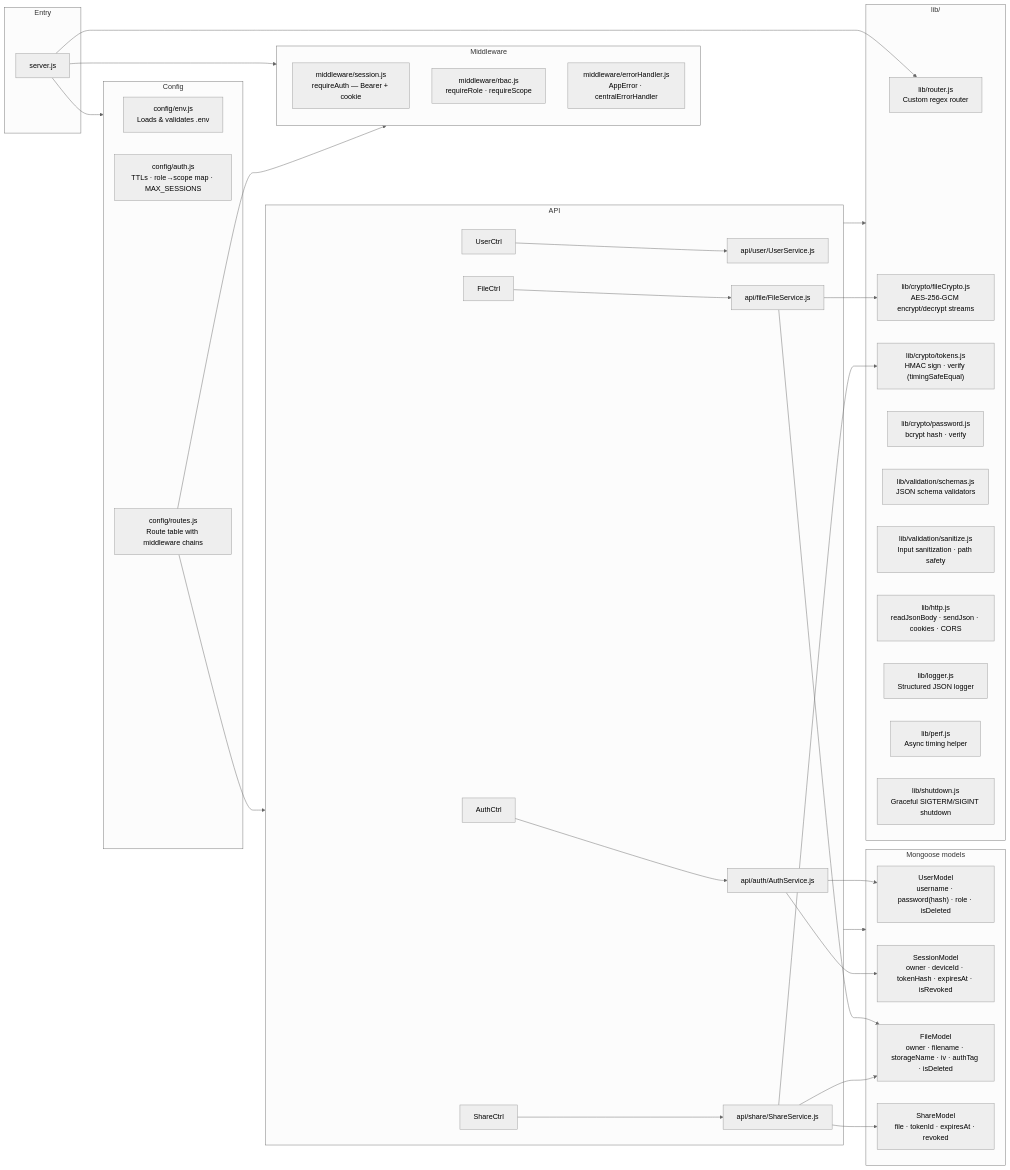
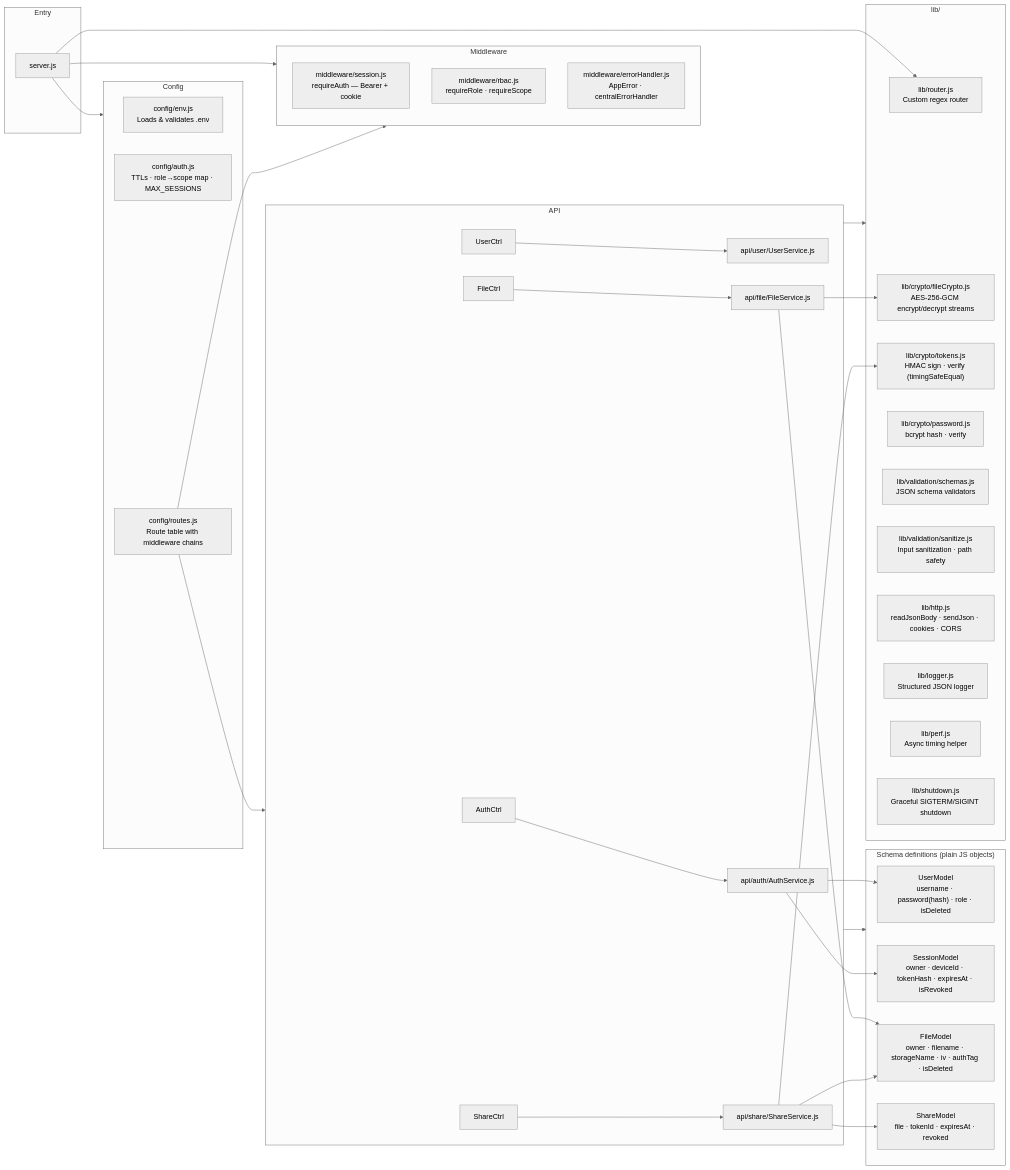
One commit to guptaankit0010/securefd changed the second of 10 diagrams in README.md. Above: the diagram before and after it, drawn with Mermaid (neutral theme). The commit also changed other lines of this file and 20 other files, not shown here.

````diff
--- a/README.md
+++ b/README.md
@@ -375,60 +398,60 @@
 ```mermaid
 graph LR
     subgraph Entry
         server.js
     end
 
     subgraph Config
         env.js["config/env.js\nLoads & validates .env"]
         auth_cfg["config/auth.js\nTTLs · role→scope map · MAX_SESSIONS"]
         routes_cfg["config/routes.js\nRoute table with middleware chains"]
     end
 
     subgraph Middleware
         session_mw["middleware/session.js\nrequireAuth — Bearer + cookie"]
         rbac_mw["middleware/rbac.js\nrequireRole · requireScope"]
         err_mw["middleware/errorHandler.js\nAppError · centralErrorHandler"]
     end
 
     subgraph API
         AuthCtrl --> AuthSvc["api/auth/AuthService.js"]
         UserCtrl --> UserSvc["api/user/UserService.js"]
         FileCtrl --> FileSvc["api/file/FileService.js"]
         ShareCtrl --> ShareSvc["api/share/ShareService.js"]
     end
 
-    subgraph Models["Mongoose models"]
+    subgraph Models["Schema definitions (plain JS objects)"]
         UserModel["UserModel\nusername · password(hash) · role · isDeleted"]
         SessionModel["SessionModel\nowner · deviceId · tokenHash · expiresAt · isRevoked"]
         FileModel["FileModel\nowner · filename · storageName · iv · authTag · isDeleted"]
         ShareModel["ShareModel\nfile · tokenId · expiresAt · revoked"]
     end
 
     subgraph LibLayer["lib/"]
         router_lib["lib/router.js\nCustom regex router"]
         fileCrypto["lib/crypto/fileCrypto.js\nAES-256-GCM encrypt/decrypt streams"]
         tokens_lib["lib/crypto/tokens.js\nHMAC sign · verify (timingSafeEqual)"]
         password_lib["lib/crypto/password.js\nbcrypt hash · verify"]
         schemas_lib["lib/validation/schemas.js\nJSON schema validators"]
         sanitize_lib["lib/validation/sanitize.js\nInput sanitization · path safety"]
         http_lib["lib/http.js\nreadJsonBody · sendJson · cookies · CORS"]
         logger_lib["lib/logger.js\nStructured JSON logger"]
         perf_lib["lib/perf.js\nAsync timing helper"]
         shutdown_lib["lib/shutdown.js\nGraceful SIGTERM/SIGINT shutdown"]
     end
 
     server.js --> Config
     server.js --> Middleware
     server.js --> router_lib
     routes_cfg --> API
     routes_cfg --> Middleware
     API --> Models
     API --> LibLayer
     AuthSvc --> SessionModel
     AuthSvc --> UserModel
     FileSvc --> FileModel
     FileSvc --> fileCrypto
     ShareSvc --> ShareModel
     ShareSvc --> FileModel
     ShareSvc --> tokens_lib
 ```
````
